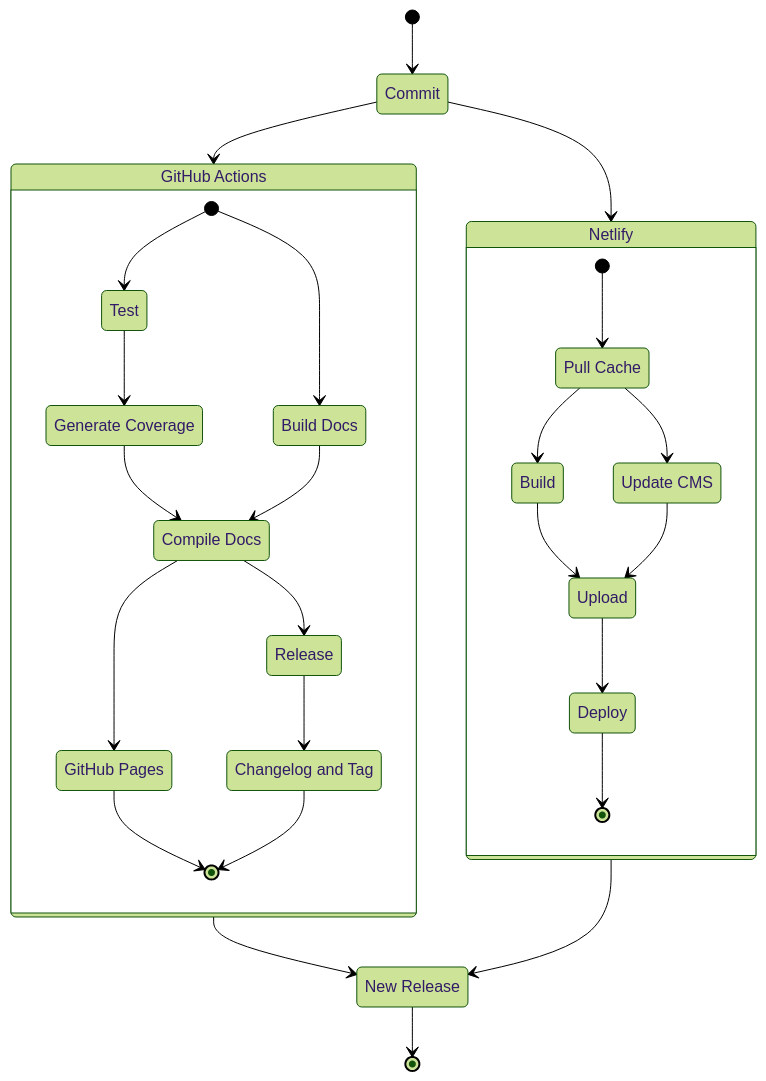
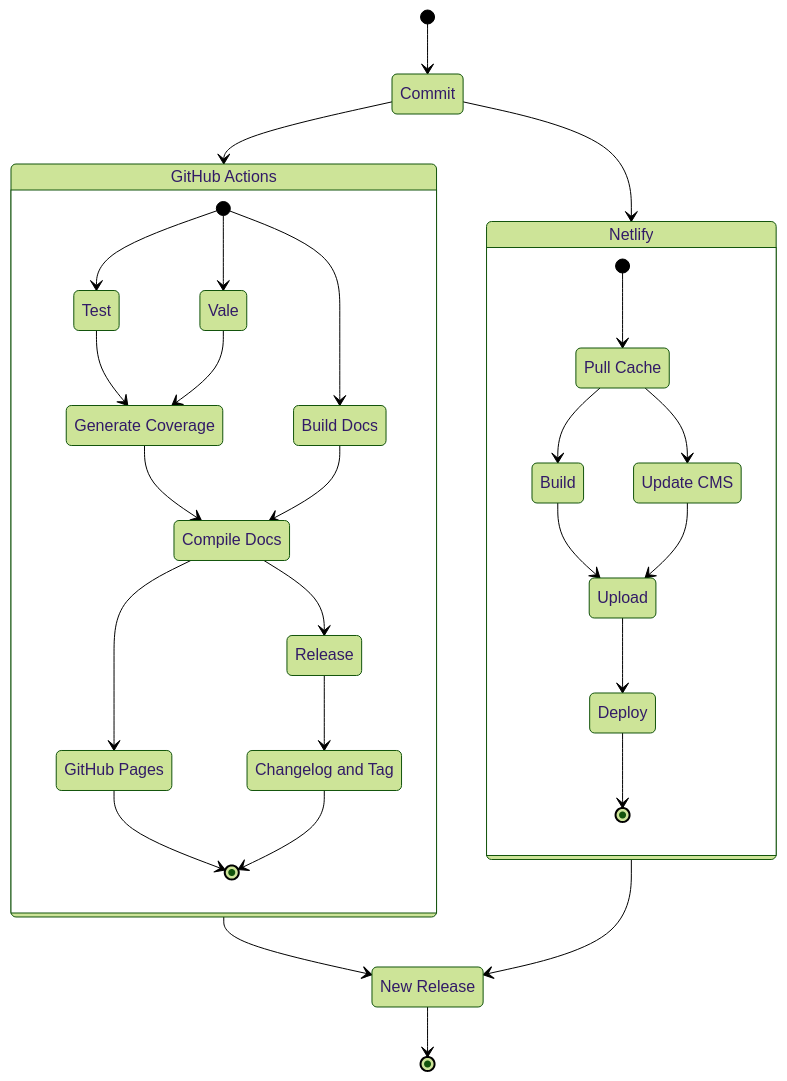
One commit to alexwine36/Portfolio changed the second of 2 diagrams in apps/portfolio/content/projects/portfolio/index.md. Above: the diagram before and after it, drawn with Mermaid (forest theme). The commit also changed other lines of this file and 2 other files, not shown here.

````diff
--- a/apps/portfolio/content/projects/portfolio/index.md
+++ b/apps/portfolio/content/projects/portfolio/index.md
@@ -90,49 +94,50 @@
 ```mermaid
 stateDiagram-v2
   [*] --> Push
   state "Commit" as Push
   Push --> GitHub
   Push --> Netlify
   state "GitHub Actions" as GitHub
   state GitHub {
     [*] --> Test
+    [*] --> Vale
     state "Generate Coverage" as cov
 
     Test --> cov
-    
+    Vale --> cov
     state "Build Docs" as docs
     [*] --> docs
     state "Compile Docs" as docDeploy
     state "GitHub Pages" as ghp
     cov --> docDeploy
     docs --> docDeploy
     docDeploy --> ghp
     ghp --> [*]
     docDeploy --> Release
     
     state "Changelog and Tag" as g
     Release --> g
     g --> [*]
   }
 
   
   state Netlify {
     state "Pull Cache" as pc
     [*] --> pc
     pc --> Build
     pc --> ucms
     state "Update CMS" as ucms
     
     Build --> Upload
     ucms --> Upload
     Upload --> Deploy 
     Deploy --> [*]
 
   }
   state "New Release" as nr
   GitHub --> nr
   Netlify --> nr
 
   nr --> [*]
 
 ```
````
